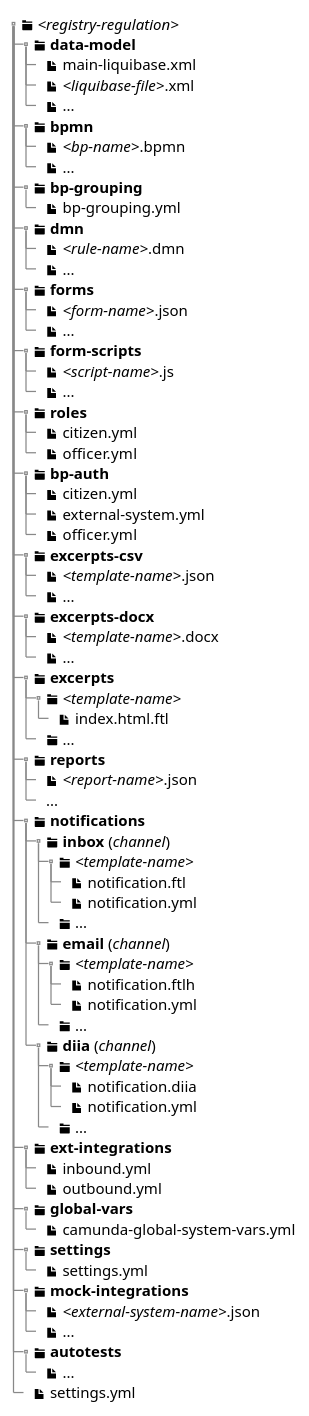
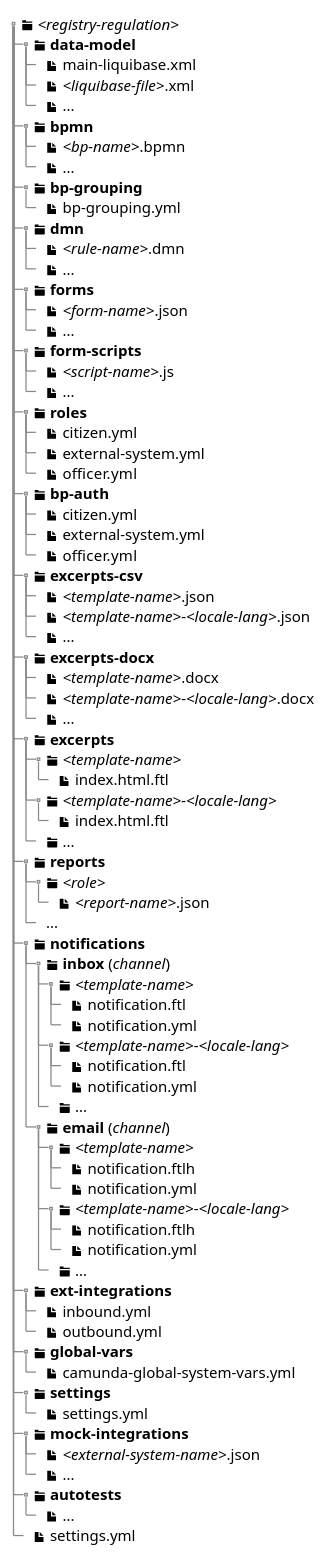
Before and after one commit to epam/edp-ddm-architecture: the diagram in docs/en/modules/arch/pages/architecture/registry/administrative/regulation-management/registry-regulation/registry-regulation.adoc, drawn with PlantUML. The commit also changed other lines of this file and 2 other files, not shown here.

Commit message:
[EDP-DDM-31282][EDP-DDM-31283] - Updated doc with registry localization changes

```diff
--- a/docs/en/modules/arch/pages/architecture/registry/administrative/regulation-management/registry-regulation/registry-regulation.adoc
+++ b/docs/en/modules/arch/pages/architecture/registry/administrative/regulation-management/registry-regulation/registry-regulation.adoc
@@ -62,6 +62,7 @@
 +++ <&file> ...
 ++ <&folder> <b>roles</b>
 +++ <&file> citizen.yml
++++ <&file> external-system.yml
 +++ <&file> officer.yml
 ++ <&folder> <b>bp-auth</b>
 +++ <&file> citizen.yml
@@ -69,20 +70,28 @@
 +++ <&file> officer.yml
 ++ <&folder> <b>excerpts-csv</b>
 +++ <&file> <i><template-name></i>.json
++++ <&file> <i><template-name></i>-<i><locale-lang></i>.json
 +++ <&file> ...
 ++ <&folder> <b>excerpts-docx</b>
 +++ <&file> <i><template-name></i>.docx
++++ <&file> <i><template-name></i>-<i><locale-lang></i>.docx
 +++ <&file> ...
 ++ <&folder> <b>excerpts</b>
 +++ <&folder> <i><template-name></i>
 ++++ <&file> index.html.ftl
++++ <&folder> <i><template-name>-<i><locale-lang></i>
+++++ <&file> index.html.ftl
 +++ <&folder> ...
 ++ <&folder> <b>reports</b>
-+++ <&file> <i><report-name></i>.json
++++ <&folder> <i><role></i>
+++++ <&file> <i><report-name></i>.json
 +++ ...
 ++ <&folder> <b>notifications</b>
 +++ <&folder> <b>inbox</b> (<i>channel</i>)
 ++++ <&folder> <i><template-name></i>
++++++ <&file> notification.ftl
++++++ <&file> notification.yml
+++++ <&folder> <i><template-name></i>-<i><locale-lang></i>
 +++++ <&file> notification.ftl
 +++++ <&file> notification.yml
 ++++ <&folder> ...
@@ -90,10 +99,8 @@
 ++++ <&folder> <i><template-name></i>
 +++++ <&file> notification.ftlh
 +++++ <&file> notification.yml
-++++ <&folder> ...
-+++ <&folder> <b>diia</b> (<i>channel</i>)
-++++ <&folder> <i><template-name></i>
-+++++ <&file> notification.diia
+++++ <&folder> <i><template-name></i>-<i><locale-lang></i>
++++++ <&file> notification.ftlh
 +++++ <&file> notification.yml
 ++++ <&folder> ...
 ++ <&folder> <b>ext-integrations</b>
```
